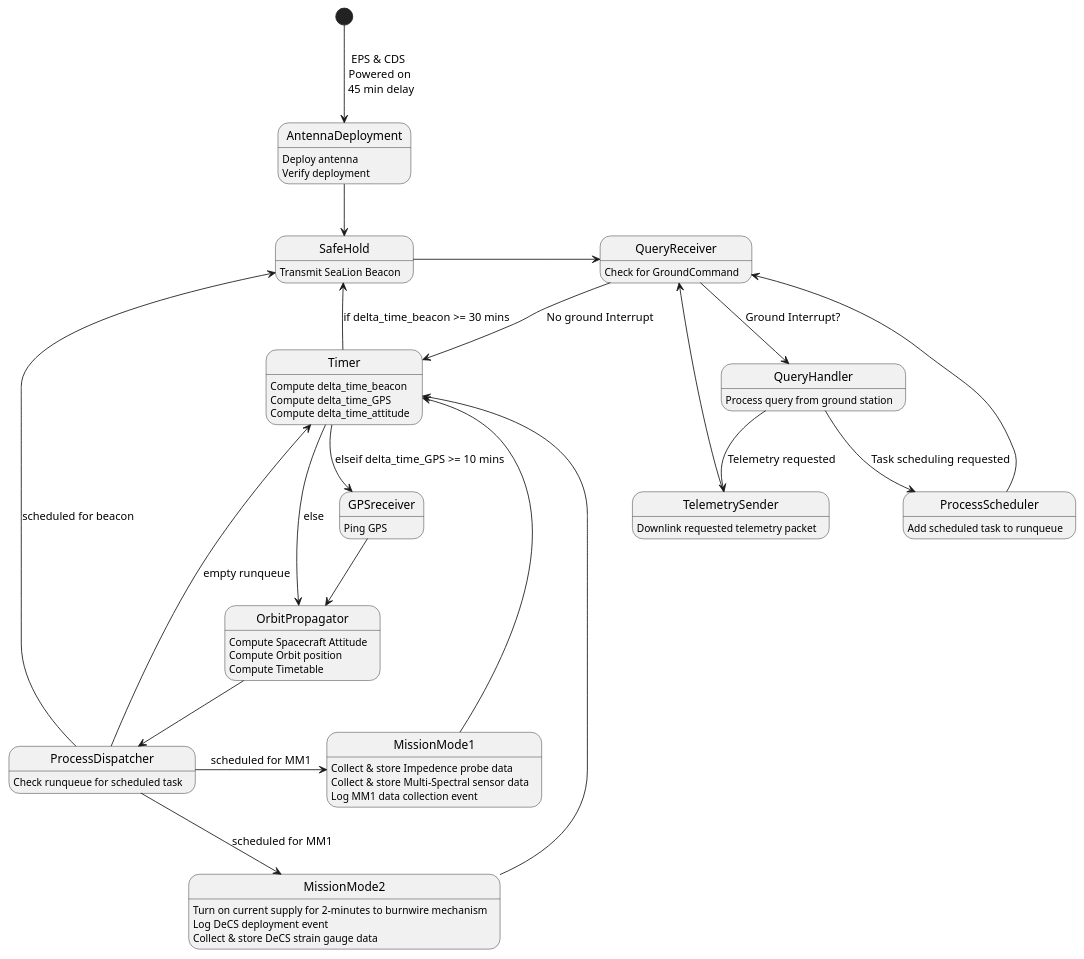
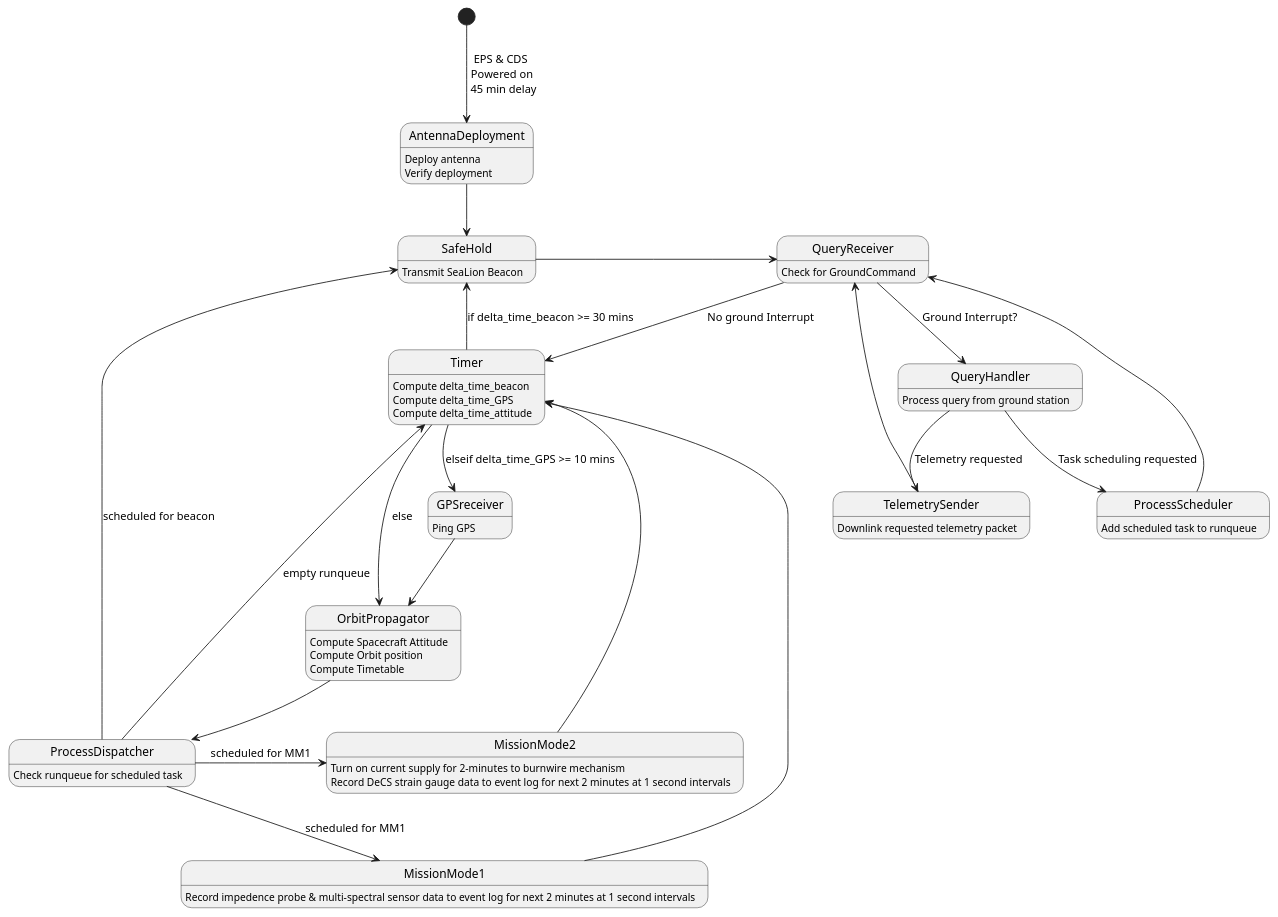
Before and after one commit to ODU-CGA-CubeSat/FSW: the diagram in fsw-architecture/operating-mode-as-fsm.puml, drawn with PlantUML.

Commit message:
update MM1 & MM2 to record data to event log

```diff
--- a/fsw-architecture/operating-mode-as-fsm.puml
+++ b/fsw-architecture/operating-mode-as-fsm.puml
@@ -1,57 +1,54 @@
 @startuml
 
 state AntennaDeployment
       AntennaDeployment : Deploy antenna
       AntennaDeployment : Verify deployment
 state SafeHold
       SafeHold : Transmit SeaLion Beacon
 state QueryReceiver
       QueryReceiver : Check for GroundCommand
 state TelemetrySender
       TelemetrySender : Downlink requested telemetry packet
 state Timer
       Timer : Compute delta_time_beacon
       Timer : Compute delta_time_GPS
       Timer : Compute delta_time_attitude
 state MissionMode1
-      MissionMode1 : Collect & store Impedence probe data
-      MissionMode1 : Collect & store Multi-Spectral sensor data
-      MissionMode1 : Log MM1 data collection event
+      MissionMode1 : Record impedence probe & multi-spectral sensor data to event log for next 2 minutes at 1 second intervals
 state MissionMode2
       MissionMode2 : Turn on current supply for 2-minutes to burnwire mechanism
-      MissionMode2 : Log DeCS deployment event
-      MissionMode2 : Collect & store DeCS strain gauge data
+      MissionMode2 : Record DeCS strain gauge data to event log for next 2 minutes at 1 second intervals
 state ProcessDispatcher
       ProcessDispatcher : Check runqueue for scheduled task
 state OrbitPropagator
       OrbitPropagator : Compute Spacecraft Attitude
       OrbitPropagator : Compute Orbit position
       OrbitPropagator : Compute Timetable
 state GPSreceiver
       GPSreceiver : Ping GPS
 state QueryHandler
       QueryHandler : Process query from ground station
 state ProcessScheduler
       ProcessScheduler : Add scheduled task to runqueue
 
 [*] --> AntennaDeployment : EPS & CDS \n Powered on \n 45 min delay
 AntennaDeployment --> SafeHold
 SafeHold -> QueryReceiver
 QueryReceiver --> QueryHandler : Ground Interrupt?
 QueryReceiver -> Timer : No ground Interrupt
 QueryHandler --> TelemetrySender : Telemetry requested
 QueryHandler --> ProcessScheduler : Task scheduling requested
 TelemetrySender --> QueryReceiver
 ProcessScheduler --> QueryReceiver
 MissionMode1 --> Timer
 MissionMode2 --> Timer
 GPSreceiver --> OrbitPropagator
 OrbitPropagator --> ProcessDispatcher
 Timer --> SafeHold : if delta_time_beacon >= 30 mins
 Timer --> GPSreceiver : elseif delta_time_GPS >= 10 mins
 Timer --> OrbitPropagator : else
 ProcessDispatcher --> SafeHold : scheduled for beacon
-ProcessDispatcher -> MissionMode1 : scheduled for MM1
-ProcessDispatcher --> MissionMode2 : scheduled for MM1
+ProcessDispatcher --> MissionMode1 : scheduled for MM1
+ProcessDispatcher -> MissionMode2 : scheduled for MM1
 ProcessDispatcher --> Timer : empty runqueue
 @enduml
```
